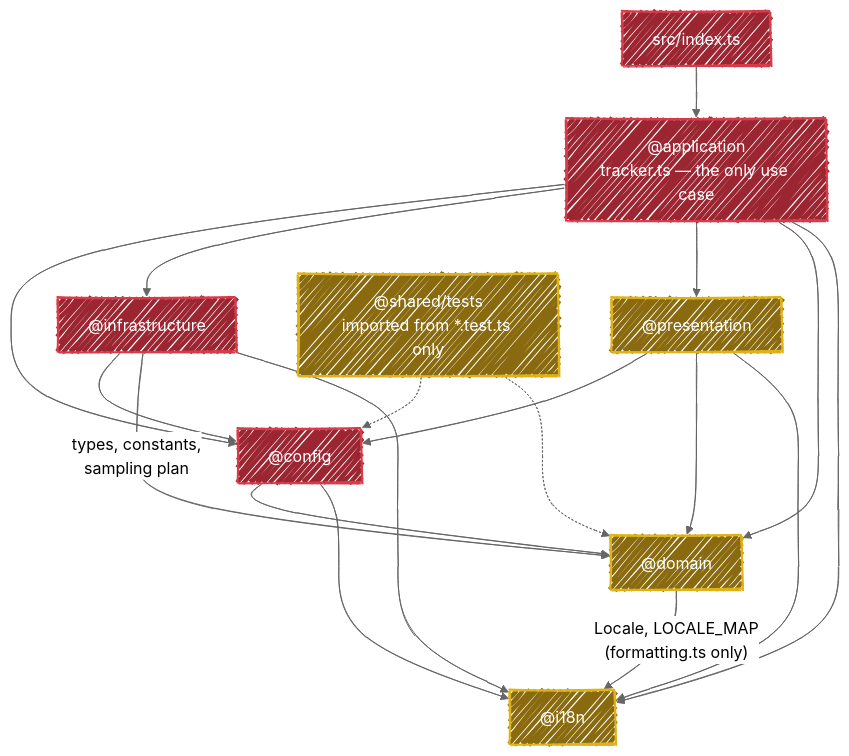
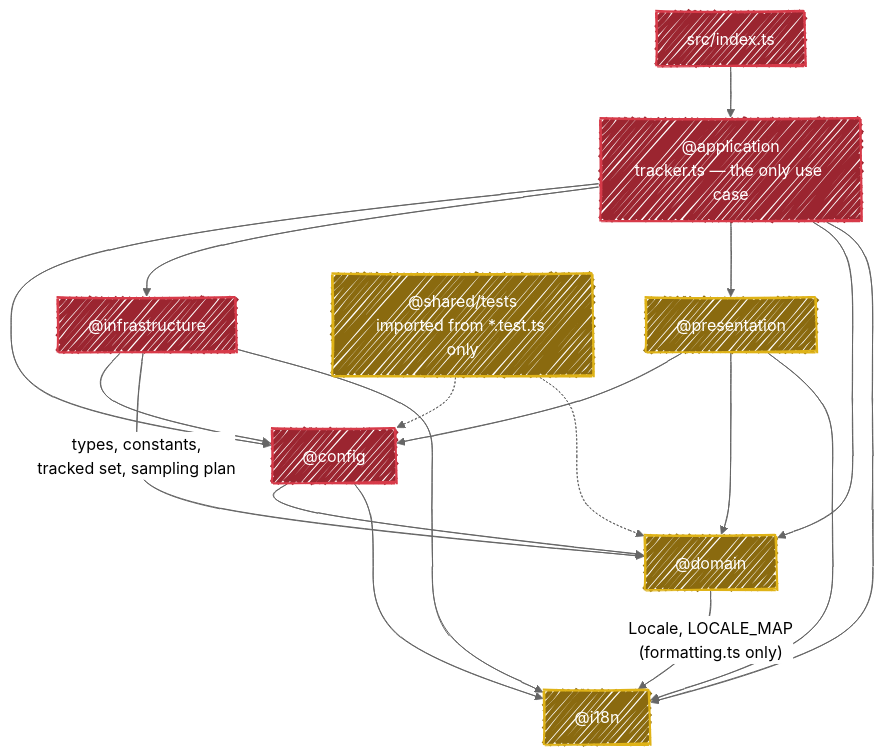
One commit to fbuireu/github-star-tracker changed the diagram in ARCHITECTURE.md. Above: the diagram before and after it, drawn with Mermaid. The commit also changed other lines of this file and 9 other files, not shown here.

First line of the commit message:
refactor(domain): decide the Tracked Set in the pure core

````diff
--- a/ARCHITECTURE.md
+++ b/ARCHITECTURE.md
@@ -15,33 +15,33 @@
 ```mermaid
 ---
 config:
   look: handDrawn
   theme: neutral
 ---
 flowchart TD
     idx["src/index.ts"] --> app["@application<br/>tracker.ts — the only use case"]
 
     app --> cfg["@config"]
     app --> infra["@infrastructure"]
     app --> pres["@presentation"]
     app --> dom["@domain"]
     app --> i18n["@i18n"]
 
     cfg --> dom
     cfg --> i18n
     pres --> cfg
     pres --> dom
     pres --> i18n
     infra --> cfg
-    infra -->|types, constants,<br/>sampling plan| dom
+    infra -->|types, constants,<br/>tracked set, sampling plan| dom
     infra --> i18n
     dom -->|"Locale, LOCALE_MAP<br/>(formatting.ts only)"| i18n
 
     test["@shared/tests<br/>imported from *.test.ts only"] -.-> cfg
     test -.-> dom
 
     classDef pure fill:#8a6a0f,stroke:#dfb317,stroke-width:2px,color:#fff
     classDef shell fill:#9b2530,stroke:#d73a49,stroke-width:2px,color:#fff
     class dom,pres,i18n,test pure
     class idx,app,cfg,infra shell
 ```
````
